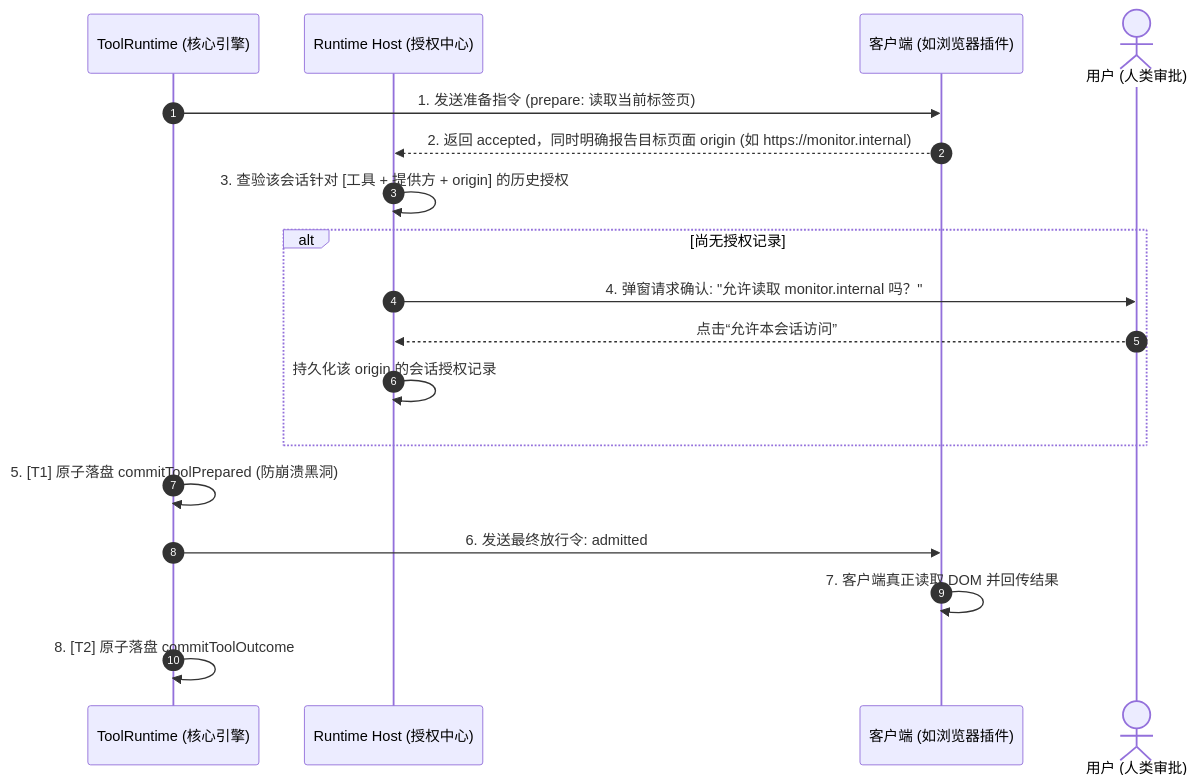
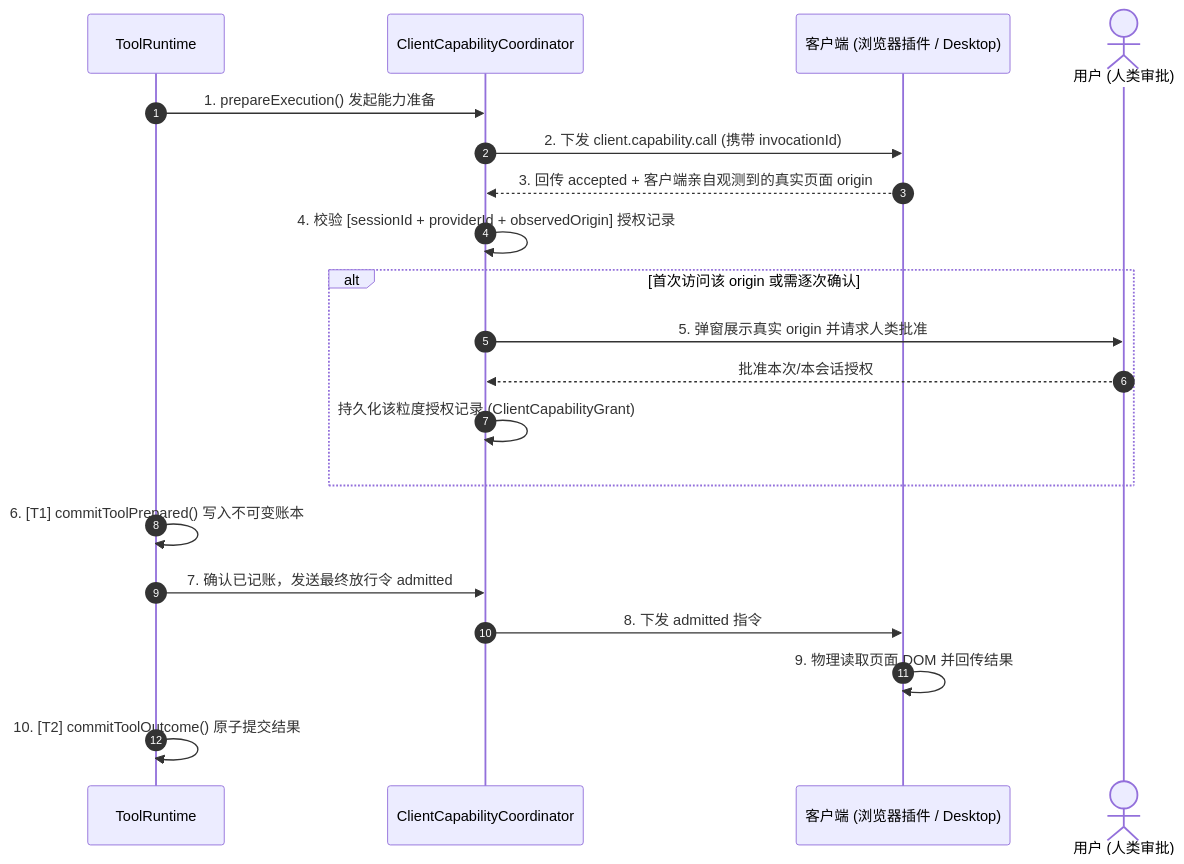
Before and after one commit to suger-m/agent-infrastructure-docs: the second of 2 diagrams in maka-agent-infra/03-tools/mcp-and-client-capabilities.md, drawn with Mermaid. The commit also changed other lines of this file and 31 other files, not shown here.

````diff
--- a/maka-agent-infra/03-tools/mcp-and-client-capabilities.md
+++ b/maka-agent-infra/03-tools/mcp-and-client-capabilities.md
@@ -58,23 +77,25 @@
 ```mermaid
 sequenceDiagram
     autonumber
-    participant TR as ToolRuntime (核心引擎)
-    participant Host as Runtime Host (授权中心)
-    participant Client as 客户端 (如浏览器插件)
+    participant TR as ToolRuntime
+    participant Coord as ClientCapabilityCoordinator
+    participant Client as 客户端 (浏览器插件 / Desktop)
     actor User as 用户 (人类审批)
 
-    TR->>Client: 1. 发送准备指令 (prepare: 读取当前标签页)
-    Client-->>Host: 2. 返回 accepted，同时明确报告目标页面 origin (如 https://monitor.internal)
+    TR->>Coord: 1. prepareExecution() 发起能力准备
+    Coord->>Client: 2. 下发 client.capability.call (携带 invocationId)
+    Client-->>Coord: 3. 回传 accepted + 客户端亲自观测到的真实页面 origin
     
-    Host->>Host: 3. 查验该会话针对 [工具 + 提供方 + origin] 的历史授权
-    alt 尚无授权记录
-        Host->>User: 4. 弹窗请求确认: "允许读取 monitor.internal 吗？"
-        User-->>Host: 点击“允许本会话访问”
-        Host->>Host: 持久化该 origin 的会话授权记录
+    Coord->>Coord: 4. 校验 [sessionId + providerId + observedOrigin] 授权记录
+    alt 首次访问该 origin 或需逐次确认
+        Coord->>User: 5. 弹窗展示真实 origin 并请求人类批准
+        User-->>Coord: 批准本次/本会话授权
+        Coord->>Coord: 持久化该粒度授权记录 (ClientCapabilityGrant)
     end
 
-    TR->>TR: 5. [T1] 原子落盘 commitToolPrepared (防崩溃黑洞)
-    TR->>Client: 6. 发送最终放行令: admitted
-    Client->>Client: 7. 客户端真正读取 DOM 并回传结果
-    TR->>TR: 8. [T2] 原子落盘 commitToolOutcome
+    TR->>TR: 6. [T1] commitToolPrepared() 写入不可变账本
+    TR->>Coord: 7. 确认已记账，发送最终放行令 admitted
+    Coord->>Client: 8. 下发 admitted 指令
+    Client->>Client: 9. 物理读取页面 DOM 并回传结果
+    TR->>TR: 10. [T2] commitToolOutcome() 原子提交结果
 ```
````
